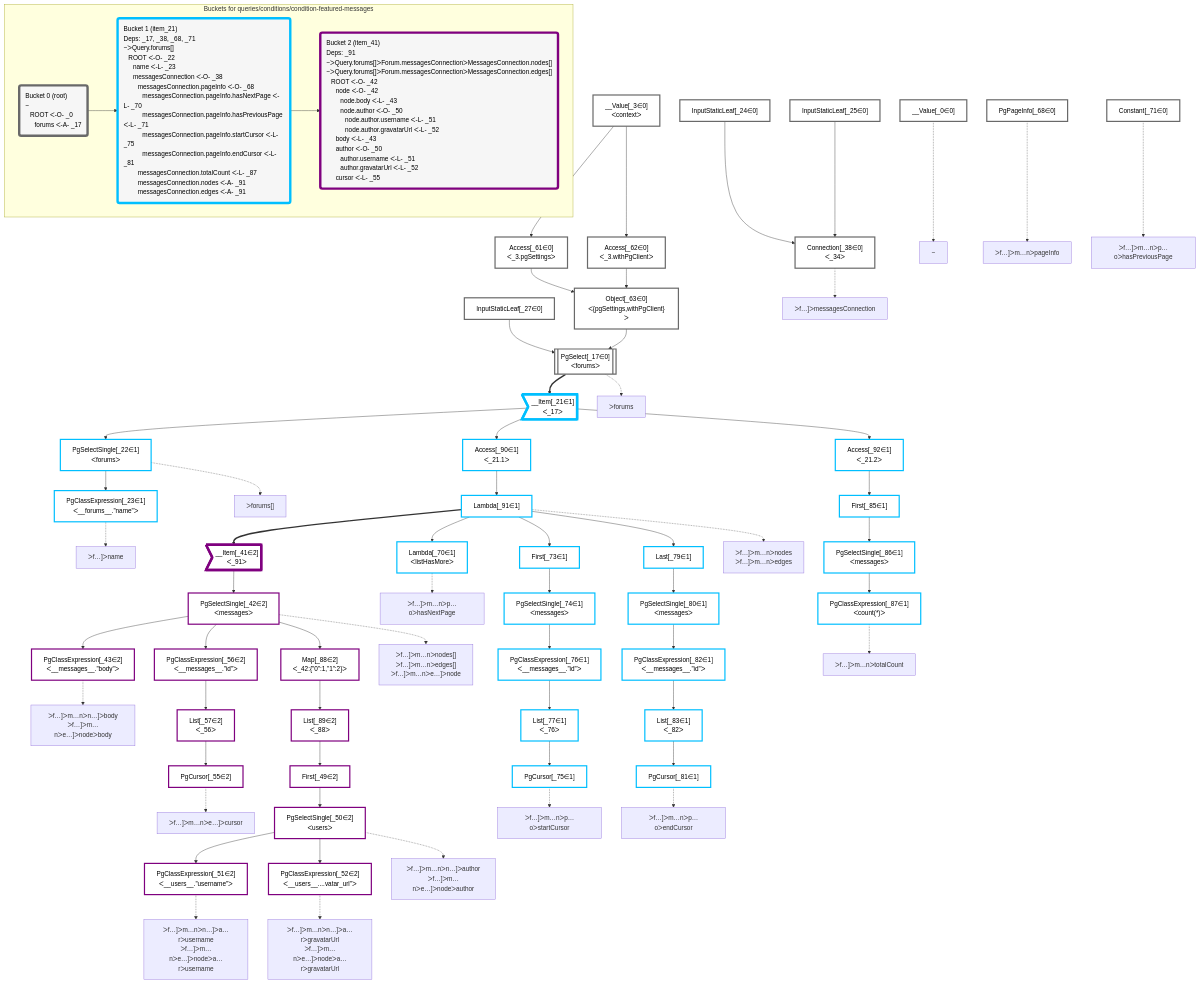
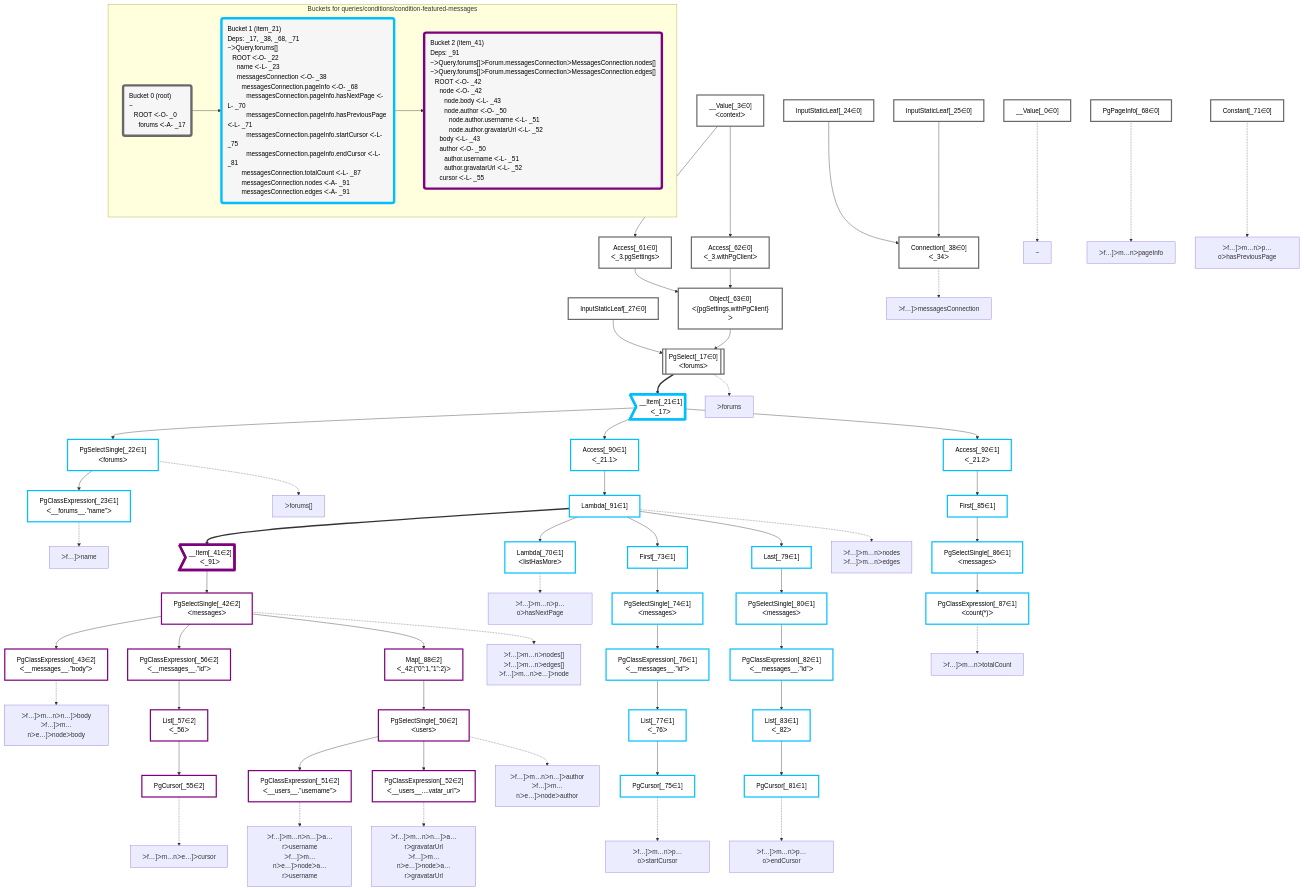
The diagram in packages/dataplan-pg/__tests__/queries/conditions/condition-featured-messages.mermaid.md (graphile/crystal), drawn with Mermaid before and after one commit. The commit also changed 67 other files, not shown here.

```diff
--- a/packages/dataplan-pg/__tests__/queries/conditions/condition-featured-messages.mermaid.md
+++ b/packages/dataplan-pg/__tests__/queries/conditions/condition-featured-messages.mermaid.md
@@ -21,7 +21,6 @@
     __Item_41>"__Item[_41∈2]<br />ᐸ_91ᐳ"]:::itemplan
     PgSelectSingle_42["PgSelectSingle[_42∈2]<br />ᐸmessagesᐳ"]:::plan
     PgClassExpression_43["PgClassExpression[_43∈2]<br />ᐸ__messages__.”body”ᐳ"]:::plan
-    First_49["First[_49∈2]"]:::plan
     PgSelectSingle_50["PgSelectSingle[_50∈2]<br />ᐸusersᐳ"]:::plan
     PgClassExpression_51["PgClassExpression[_51∈2]<br />ᐸ__users__.”username”ᐳ"]:::plan
     PgClassExpression_52["PgClassExpression[_52∈2]<br />ᐸ__users__....vatar_url”ᐳ"]:::plan
@@ -48,7 +47,6 @@
     PgSelectSingle_86["PgSelectSingle[_86∈1]<br />ᐸmessagesᐳ"]:::plan
     PgClassExpression_87["PgClassExpression[_87∈1]<br />ᐸcount(*)ᐳ"]:::plan
     Map_88["Map[_88∈2]<br />ᐸ_42:{”0”:1,”1”:2}ᐳ"]:::plan
-    List_89["List[_89∈2]<br />ᐸ_88ᐳ"]:::plan
     Access_90["Access[_90∈1]<br />ᐸ_21.1ᐳ"]:::plan
     Lambda_91["Lambda[_91∈1]"]:::plan
     Access_92["Access[_92∈1]<br />ᐸ_21.2ᐳ"]:::plan
@@ -64,8 +62,7 @@
     Lambda_91 ==> __Item_41
     __Item_41 --> PgSelectSingle_42
     PgSelectSingle_42 --> PgClassExpression_43
-    List_89 --> First_49
-    First_49 --> PgSelectSingle_50
+    Map_88 --> PgSelectSingle_50
     PgSelectSingle_50 --> PgClassExpression_51
     PgSelectSingle_50 --> PgClassExpression_52
     List_57 --> PgCursor_55
@@ -90,7 +87,6 @@
     First_85 --> PgSelectSingle_86
     PgSelectSingle_86 --> PgClassExpression_87
     PgSelectSingle_42 --> Map_88
-    Map_88 --> List_89
     __Item_21 --> Access_90
     Access_90 --> Lambda_91
     __Item_21 --> Access_92
@@ -139,7 +135,7 @@
     classDef bucket1 stroke:#00bfff
     class __Item_21,PgSelectSingle_22,PgClassExpression_23,Lambda_70,First_73,PgSelectSingle_74,PgCursor_75,PgClassExpression_76,List_77,Last_79,PgSelectSingle_80,PgCursor_81,PgClassExpression_82,List_83,First_85,PgSelectSingle_86,PgClassExpression_87,Access_90,Lambda_91,Access_92 bucket1
     classDef bucket2 stroke:#7f007f
-    class __Item_41,PgSelectSingle_42,PgClassExpression_43,First_49,PgSelectSingle_50,PgClassExpression_51,PgClassExpression_52,PgCursor_55,PgClassExpression_56,List_57,Map_88,List_89 bucket2
+    class __Item_41,PgSelectSingle_42,PgClassExpression_43,PgSelectSingle_50,PgClassExpression_51,PgClassExpression_52,PgCursor_55,PgClassExpression_56,List_57,Map_88 bucket2
 
     subgraph "Buckets for queries/conditions/condition-featured-messages"
     Bucket0("Bucket 0 (root)<br />~<br />⠀ROOT ᐸ-O- _0<br />⠀⠀forums ᐸ-A- _17"):::bucket
```
